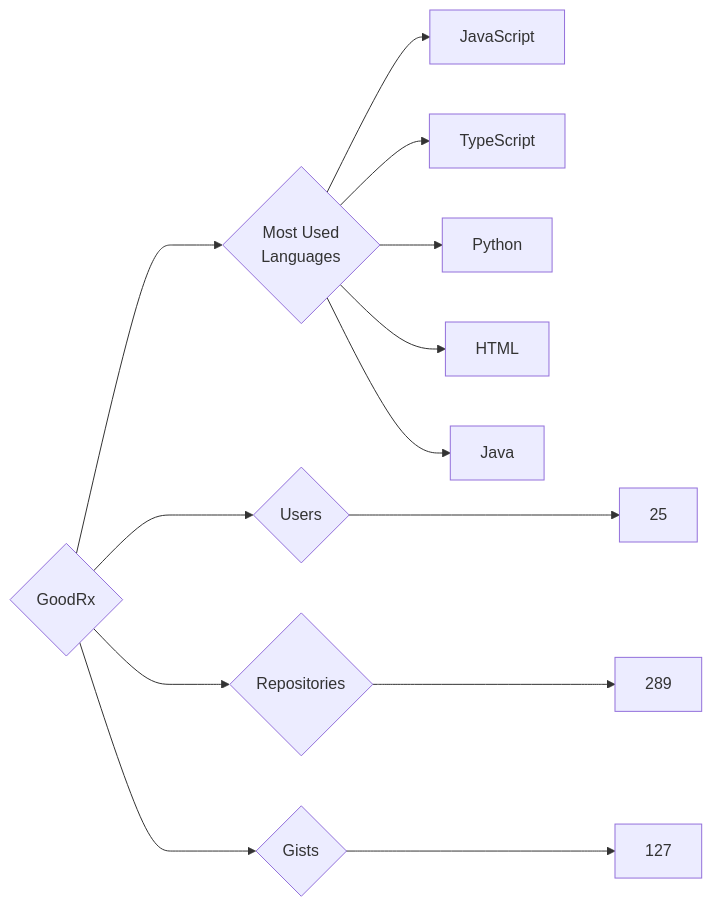
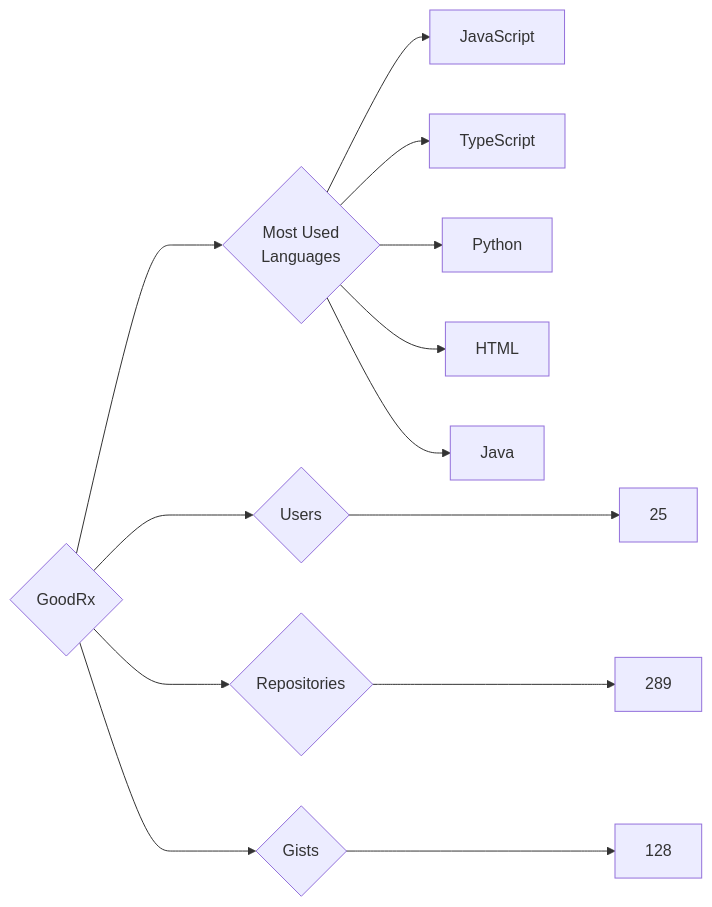
Before and after one commit to trickest/insiders: the diagram in targets/GoodRx/README.md, drawn with Mermaid. The commit also changed 750 other files, not shown here.

````diff
--- a/targets/GoodRx/README.md
+++ b/targets/GoodRx/README.md
@@ -3,13 +3,13 @@
 ```mermaid
 graph LR
 COMPANY_NAME{GoodRx}
 COMPANY_NAME ---> U{Users} ---> UN[25]
 COMPANY_NAME ---> R{Repositories} ---> RN[289]
-COMPANY_NAME ---> G{Gists} ---> GN[127]
+COMPANY_NAME ---> G{Gists} ---> GN[128]
 COMPANY_NAME ---> ML{Most Used<br>Languages}
 ML --> JavaScript[JavaScript]
 ML --> TypeScript[TypeScript]
 ML --> Python[Python]
 ML --> HTML[HTML]
 ML --> Java[Java]
 ```
````
